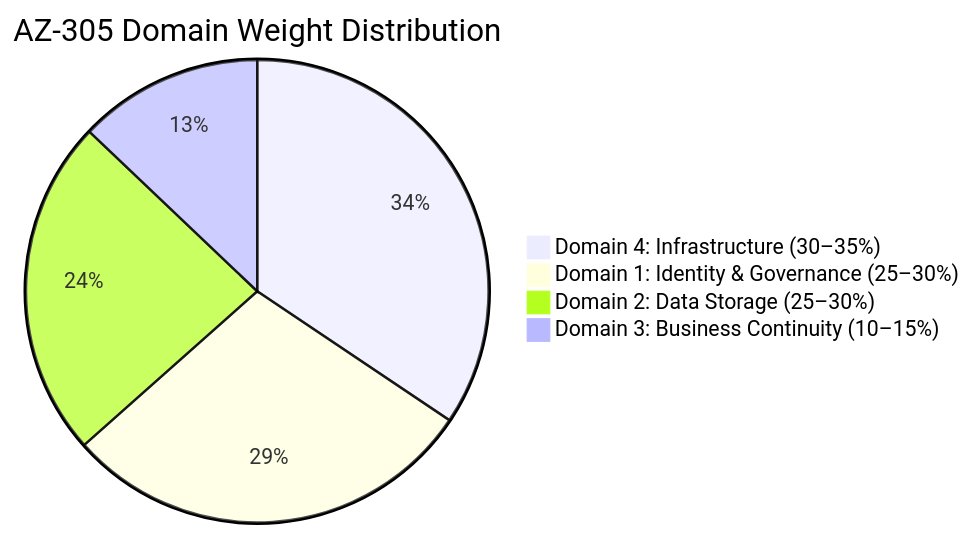
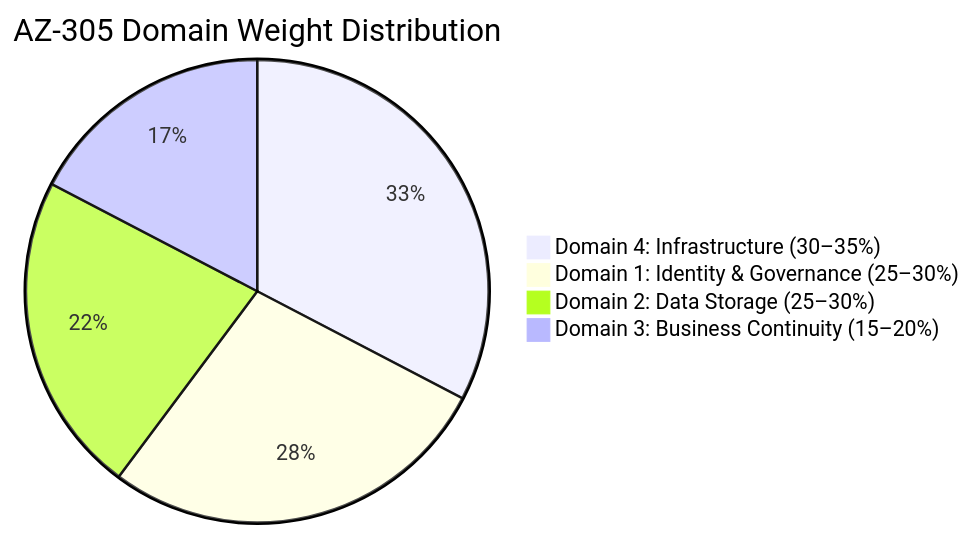
Before and after one commit to marcogrimaldi29/az-305-study-notes: the first of 3 diagrams in 06-quick-reference-cheatsheet.md, drawn with Mermaid. The commit also changed other lines of this file and 4 other files, not shown here.

````diff
--- a/06-quick-reference-cheatsheet.md
+++ b/06-quick-reference-cheatsheet.md
@@ -27,7 +27,7 @@
 ```mermaid
 pie title AZ-305 Domain Weight Distribution
     "Domain 4: Infrastructure (30–35%)" : 32
     "Domain 1: Identity & Governance (25–30%)" : 27
     "Domain 2: Data Storage (25–30%)" : 22
-    "Domain 3: Business Continuity (10–15%)" : 12
+    "Domain 3: Business Continuity (15–20%)" : 17
 ```
````
